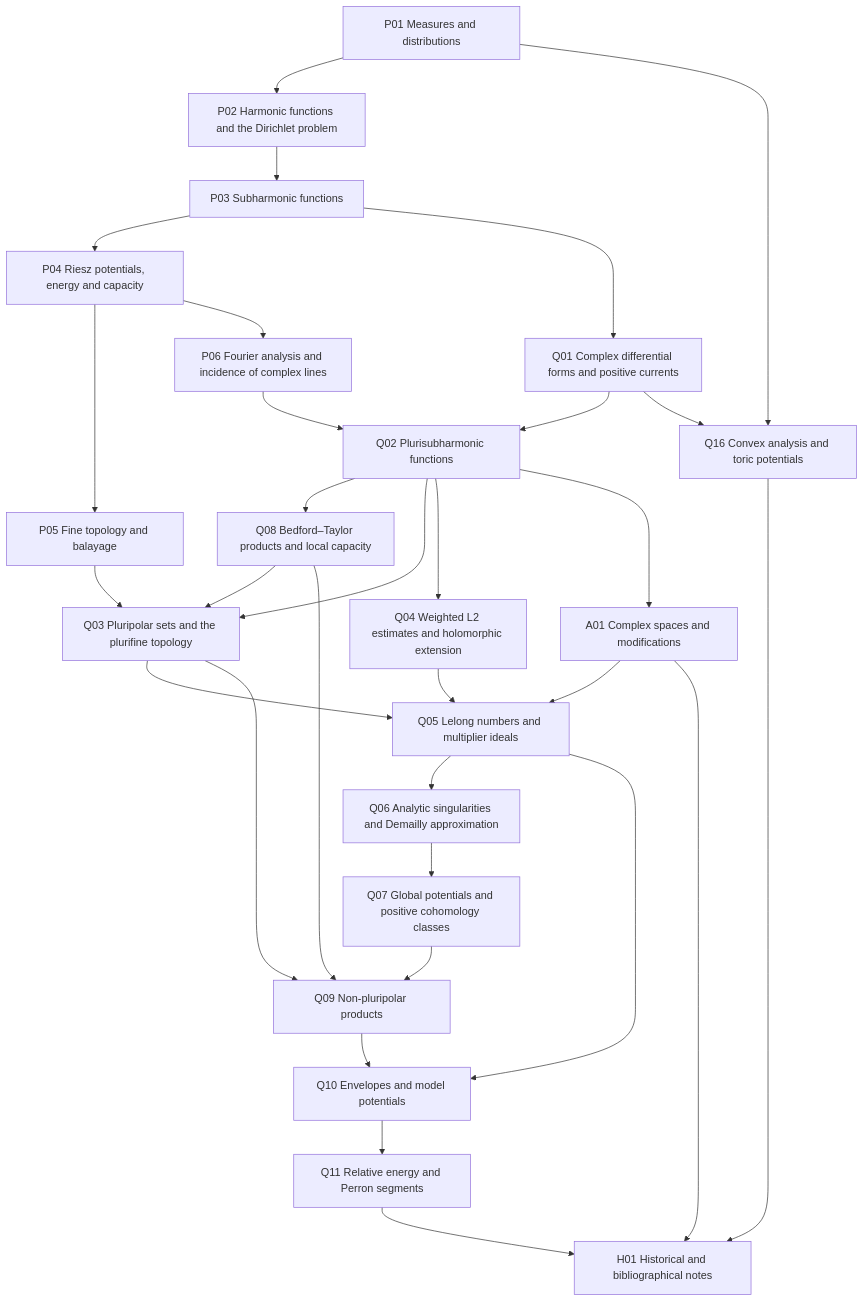
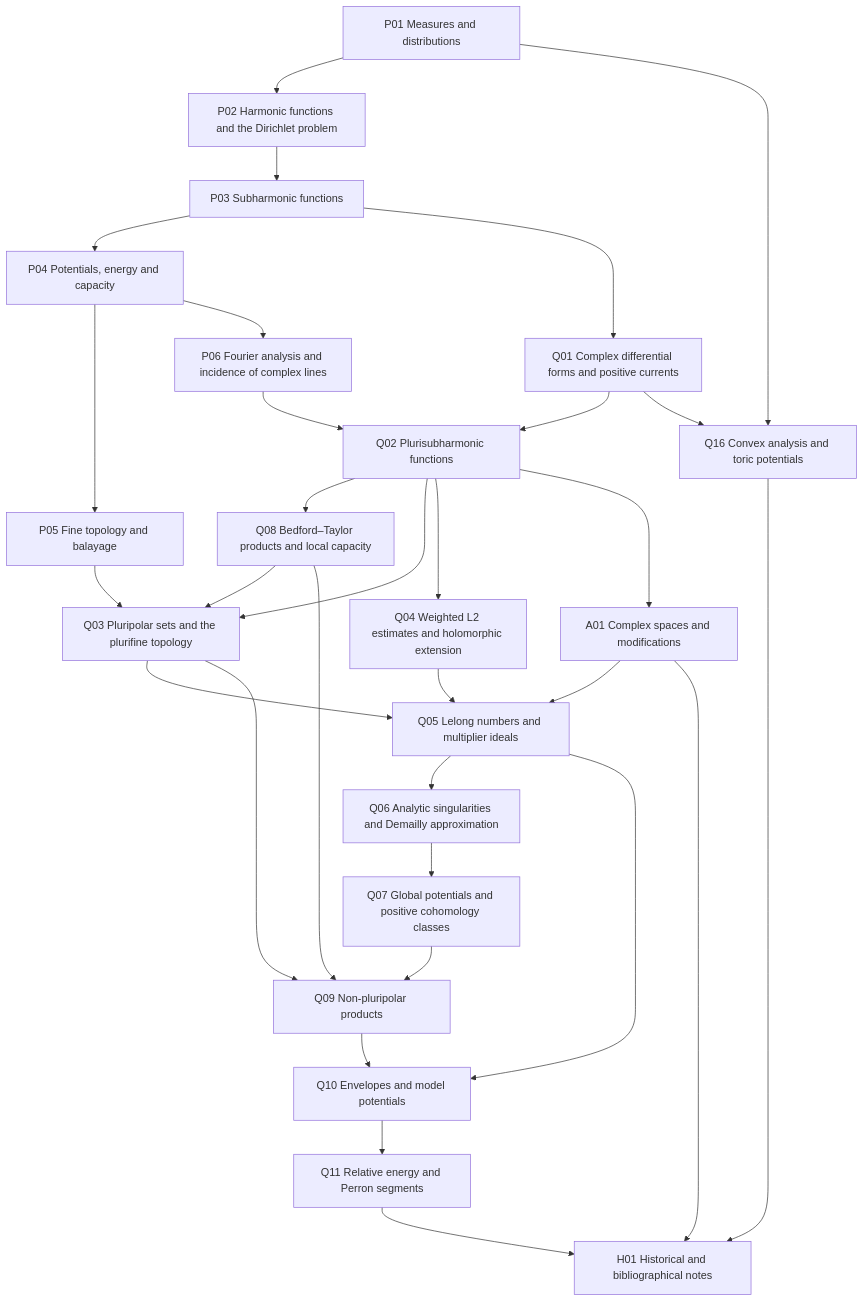
The diagram in plan/DEPENDENCIES.md (MingchenXia/foundations-of-pluripotential-theory), drawn with Mermaid before and after one commit. The commit also changed 5 other files, not shown here.

First line of the commit message:
Rename Chapter 4 to Potentials, energy and capacity

````diff
--- a/plan/DEPENDENCIES.md
+++ b/plan/DEPENDENCIES.md
@@ -7,53 +7,53 @@
 ```mermaid
 flowchart TD
   P01["P01 Measures and distributions"]
   P02["P02 Harmonic functions and the Dirichlet problem"]
   P01 --> P02
   P03["P03 Subharmonic functions"]
   P02 --> P03
-  P04["P04 Riesz potentials, energy and capacity"]
+  P04["P04 Potentials, energy and capacity"]
   P03 --> P04
   P05["P05 Fine topology and balayage"]
   P04 --> P05
   P06["P06 Fourier analysis and incidence of complex lines"]
   P04 --> P06
   Q01["Q01 Complex differential forms and positive currents"]
   P03 --> Q01
   Q02["Q02 Plurisubharmonic functions"]
   P06 --> Q02
   Q01 --> Q02
   Q08["Q08 Bedford–Taylor products and local capacity"]
   Q02 --> Q08
   Q03["Q03 Pluripolar sets and the plurifine topology"]
   Q02 --> Q03
   P05 --> Q03
   Q08 --> Q03
   Q04["Q04 Weighted L2 estimates and holomorphic extension"]
   Q02 --> Q04
   Q05["Q05 Lelong numbers and multiplier ideals"]
   Q04 --> Q05
   Q03 --> Q05
   A01 --> Q05
   Q06["Q06 Analytic singularities and Demailly approximation"]
   Q05 --> Q06
   Q07["Q07 Global potentials and positive cohomology classes"]
   Q06 --> Q07
   Q09["Q09 Non-pluripolar products"]
   Q08 --> Q09
   Q03 --> Q09
   Q07 --> Q09
   Q10["Q10 Envelopes and model potentials"]
   Q09 --> Q10
   Q05 --> Q10
   Q11["Q11 Relative energy and Perron segments"]
   Q10 --> Q11
   Q16["Q16 Convex analysis and toric potentials"]
   P01 --> Q16
   Q01 --> Q16
   A01["A01 Complex spaces and modifications"]
   Q02 --> A01
   H01["H01 Historical and bibliographical notes"]
   Q11 --> H01
   Q16 --> H01
   A01 --> H01
 ```
````
